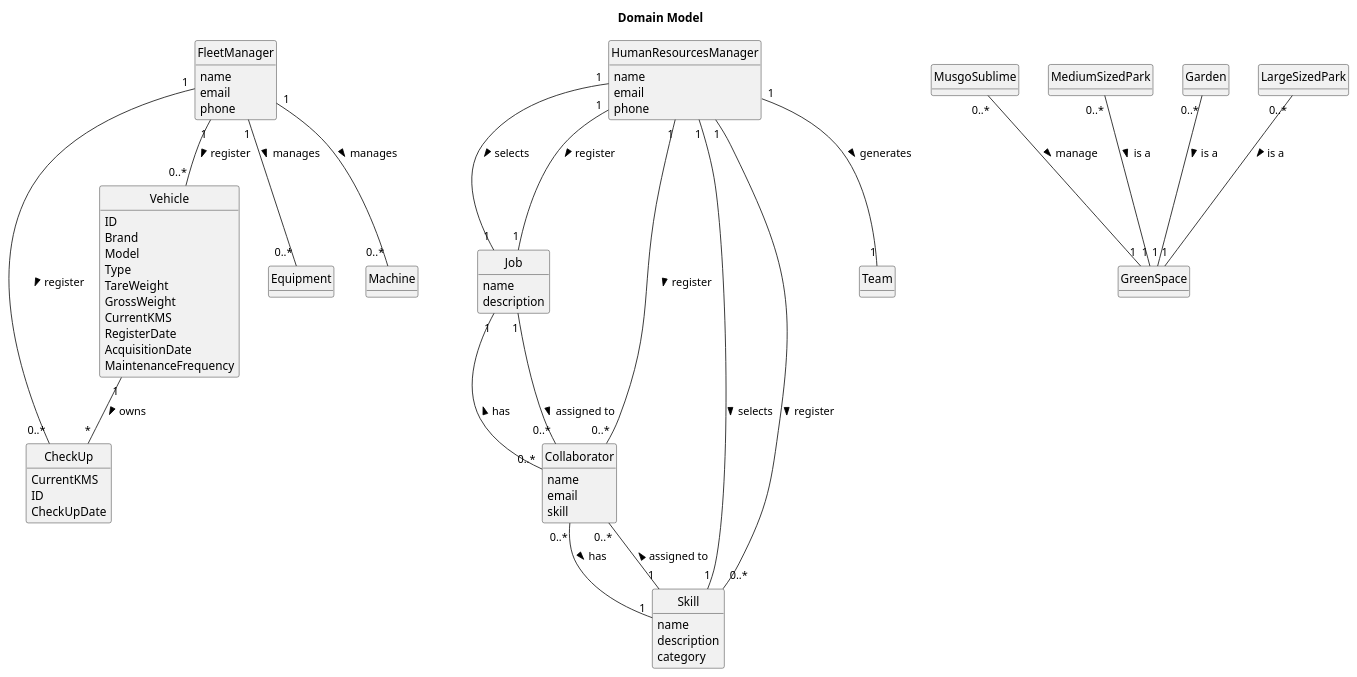
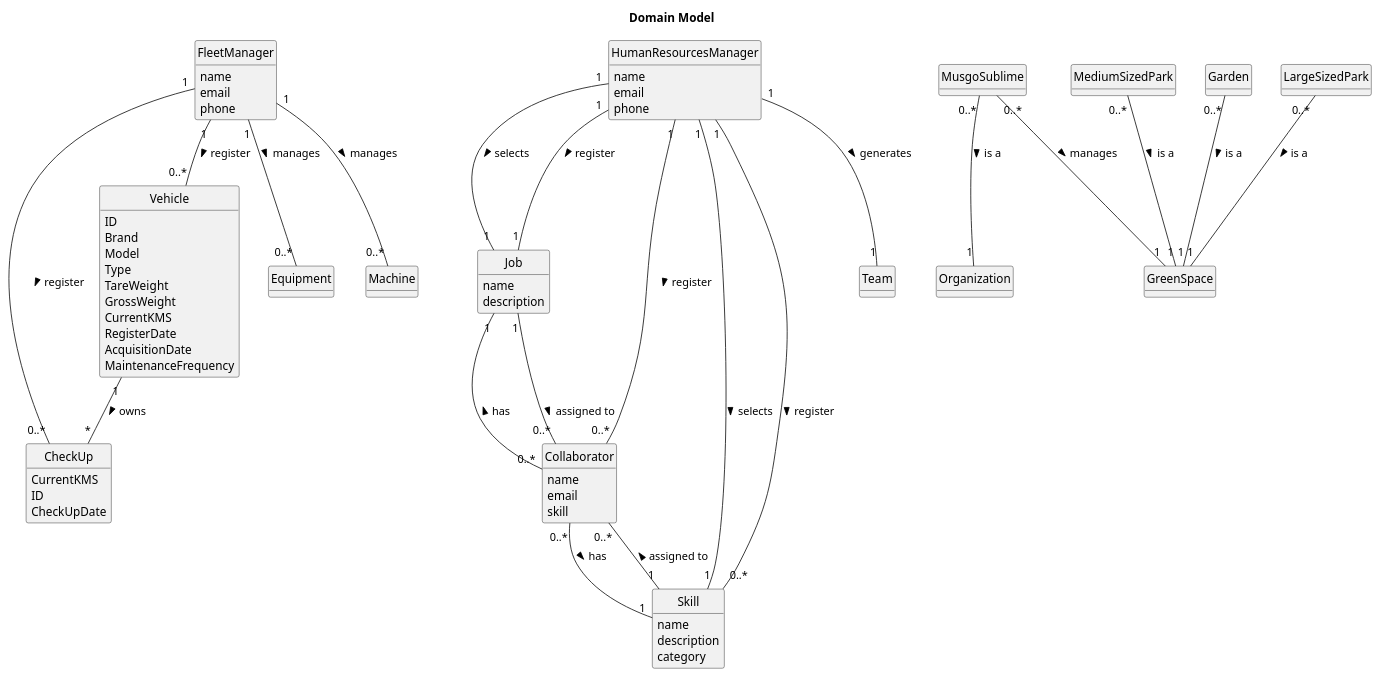
The diagram in docs/sprintA/global-artifacts/02.analysis/puml/project-domain-model.puml (daniel41silva05/ISEP_2023_2024_LAPR2), drawn with PlantUML before and after one commit. The commit also changed 1 other file, not shown here.

```diff
--- a/docs/sprintA/global-artifacts/02.analysis/puml/project-domain-model.puml
+++ b/docs/sprintA/global-artifacts/02.analysis/puml/project-domain-model.puml
@@ -1,82 +1,83 @@
 @startuml
 skinparam monochrome true
 skinparam packageStyle rectangle
 skinparam shadowing false
 
 skinparam classAttributeIconSize 0
 hide circle
 hide methods
 
 title Domain Model
 
 class Job {
     name
     description
 }
 
 class Skill {
     name
     description
     category
 }
 
 class Vehicle {
     ID
     Brand
     Model
     Type
     TareWeight
     GrossWeight
     CurrentKMS
     RegisterDate
     AcquisitionDate
     MaintenanceFrequency
 }
 
 
 class CheckUp {
     CurrentKMS
     ID
     CheckUpDate
 }
 
 class Collaborator {
     name
     email
     skill
 
 }
 
 class FleetManager {
    name
    email
    phone
 }
 
 class HumanResourcesManager {
    name
    email
    phone
 }
 
-MusgoSublime "0..*" -- "1" GreenSpace : manage >
+MusgoSublime "0..*" -- "1" Organization : is a >
+MusgoSublime "0..*" -- "1" GreenSpace : manages >
 MediumSizedPark "0..*" -- "1" GreenSpace : is a >
 Garden "0..*" -- "1" GreenSpace : is a >
 LargeSizedPark "0..*" -- "1" GreenSpace : is a >
 Collaborator "0..*" -- "1" Job : has >
 Collaborator "0..*" -- "1" Skill : has >
 HumanResourcesManager "1" -- "1" Job : selects  >
 HumanResourcesManager "1" -- "1" Skill : selects  >
 HumanResourcesManager "1" -- "1" Job : register  >
 Job "1" -- "0..*" Collaborator : assigned to >
 Skill "1" -- "0..*" Collaborator : assigned to >
 HumanResourcesManager "1" -- "0..*" Collaborator : register >
 HumanResourcesManager "1" -- "0..*" Skill : register >
 HumanResourcesManager "1" -- "1" Team : generates >
 FleetManager "1" -- "0..*" Vehicle : register >
 FleetManager "1" -- "0..*" Equipment : manages >
 FleetManager "1" -- "0..*" Machine : manages >
 FleetManager "1" - "0..*" CheckUp : register >
 Vehicle "1" -- "*" CheckUp : owns >
 
 @enduml
```
